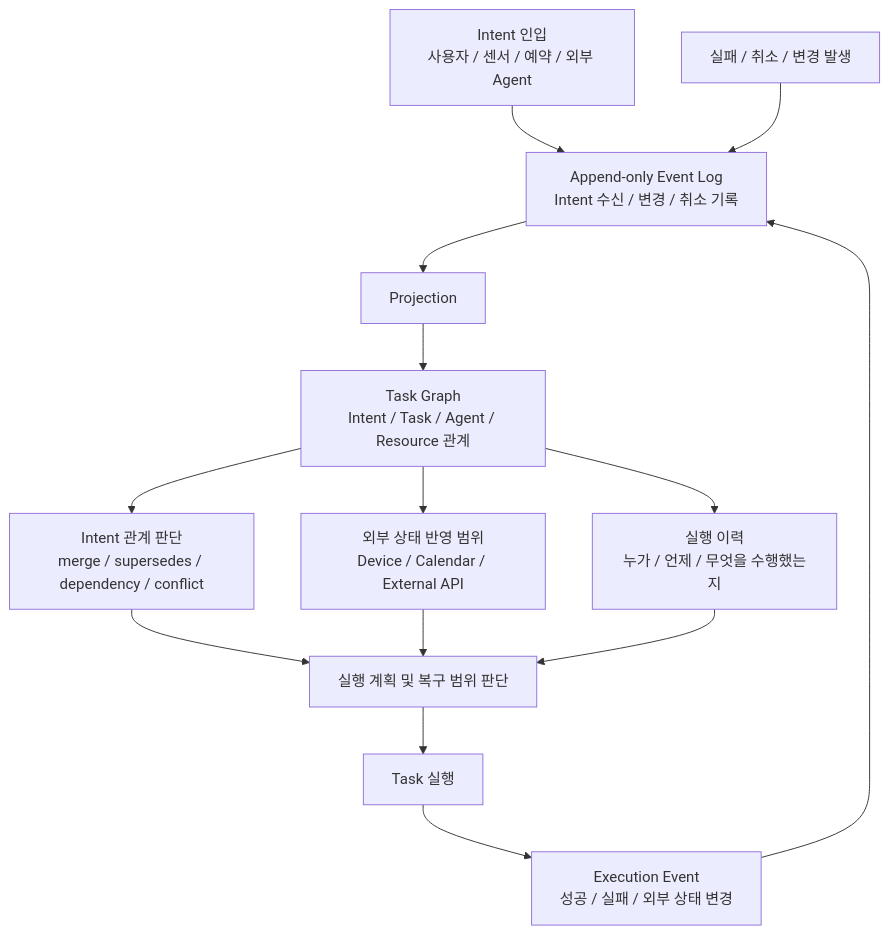
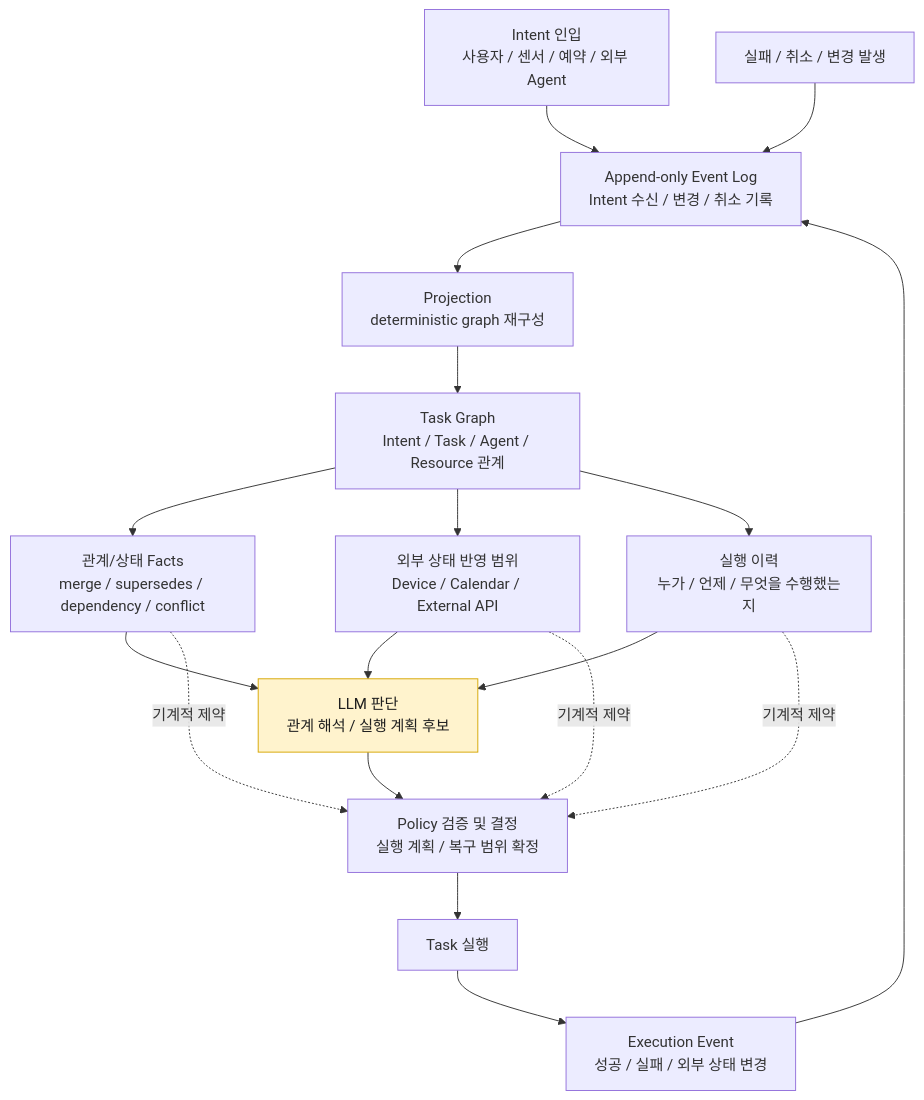
Before and after one commit to Sunwoo-Nam/architect-teamproject: the second of 2 diagrams in docs/DP 후보안/DP11-Intent 실행 흐름의 상태 모델링 및 변경·복구 범위 관리 방식.md, drawn with Mermaid. The commit also changed other lines of this file and 1 other file, not shown here.

Commit message:
Clarify LLM and projection roles in DP11

````diff
--- a/docs/DP 후보안/DP11-Intent 실행 흐름의 상태 모델링 및 변경·복구 범위 관리 방식.md
+++ b/docs/DP 후보안/DP11-Intent 실행 흐름의 상태 모델링 및 변경·복구 범위 관리 방식.md
@@ -71,21 +79,30 @@
 ```mermaid
 flowchart TB
+    classDef llm fill:#fff3cd,stroke:#d6a600,color:#1f1f1f
+
     I["Intent 인입<br/>사용자 / 센서 / 예약 / 외부 Agent"] --> L["Append-only Event Log<br/>Intent 수신 / 변경 / 취소 기록"]
 
-    L --> P["Projection"]
+    L --> P["Projection<br/>deterministic graph 재구성"]
     P --> G["Task Graph<br/>Intent / Task / Agent / Resource 관계"]
 
-    G --> R1["Intent 관계 판단<br/>merge / supersedes / dependency / conflict"]
+    G --> R1["관계/상태 Facts<br/>merge / supersedes / dependency / conflict"]
     G --> R2["외부 상태 반영 범위<br/>Device / Calendar / External API"]
     G --> R3["실행 이력<br/>누가 / 언제 / 무엇을 수행했는지"]
 
-    R1 --> D["실행 계획 및 복구 범위 판단"]
-    R2 --> D
-    R3 --> D
+    R1 --> LLM["LLM 판단<br/>관계 해석 / 실행 계획 후보"]
+    R2 --> LLM
+    R3 --> LLM
+
+    LLM --> D["Policy 검증 및 결정<br/>실행 계획 / 복구 범위 확정"]
+    R1 -. "기계적 제약" .-> D
+    R2 -. "기계적 제약" .-> D
+    R3 -. "기계적 제약" .-> D
 
     D --> T["Task 실행"]
     T --> E["Execution Event<br/>성공 / 실패 / 외부 상태 변경"]
     E --> L
 
     F["실패 / 취소 / 변경 발생"] --> L
+
+    class LLM llm
 ```
````
